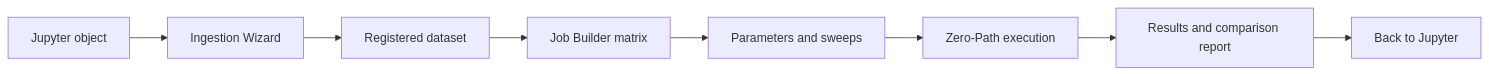
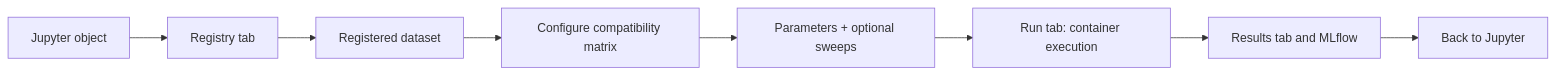
One commit to sifrimlab/multiverse changed the diagram in docs/BENCHMARKING.md. Above: the diagram before and after it, drawn with Mermaid. The commit also changed other lines of this file and 17 other files, not shown here.

````diff
--- a/docs/BENCHMARKING.md
+++ b/docs/BENCHMARKING.md
@@ -11,10 +9,10 @@
 ```mermaid
 flowchart LR
-    A[Jupyter object] --> B[Ingestion Wizard]
+    A[Jupyter object] --> B[Registry tab]
     B --> C[Registered dataset]
-    C --> D[Job Builder matrix]
-    D --> E[Parameters and sweeps]
-    E --> F[Zero-Path execution]
-    F --> G[Results and comparison report]
+    C --> D[Configure compatibility matrix]
+    D --> E[Parameters + optional sweeps]
+    E --> F[Run tab: container execution]
+    F --> G[Results tab and MLflow]
     G --> H[Back to Jupyter]
 ```
````
